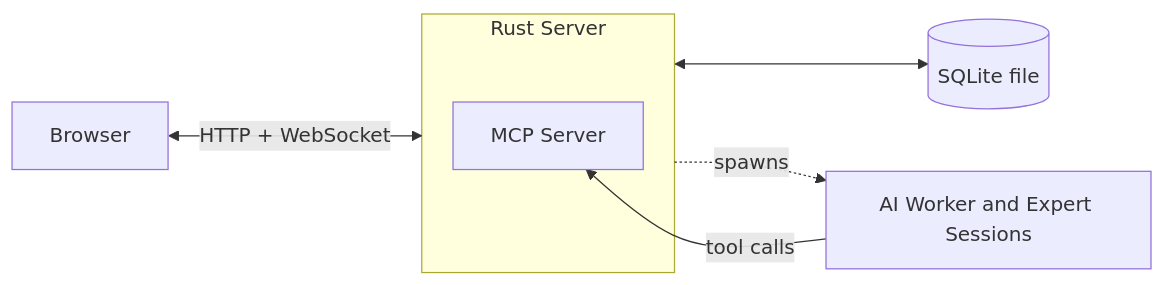
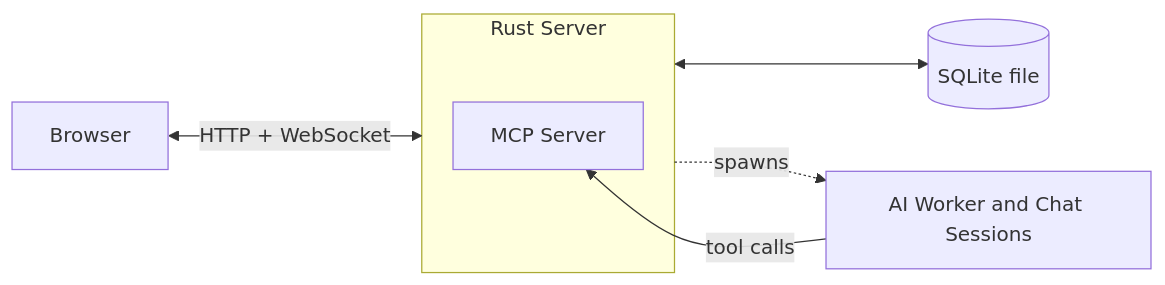
The diagram in docs/architecture.md (PeckBoard/peckboard), drawn with Mermaid before and after one commit. The commit also changed other lines of this file and 13 other files, not shown here.

````diff
--- a/docs/architecture.md
+++ b/docs/architecture.md
@@ -12,10 +12,10 @@
 ```mermaid
 graph LR
   subgraph server[Rust Server]
     mcp[MCP Server]
   end
   browser[Browser] <-->|HTTP + WebSocket| server
   server <--> db[(SQLite file)]
-  server -.->|spawns| agents[AI Worker and Expert Sessions]
+  server -.->|spawns| agents[AI Worker and Chat Sessions]
   agents -->|tool calls| mcp
 ```
````
